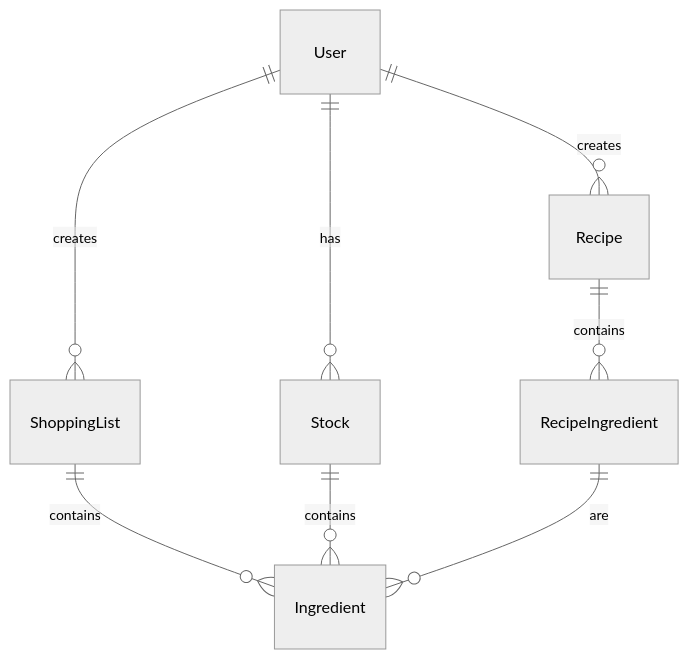
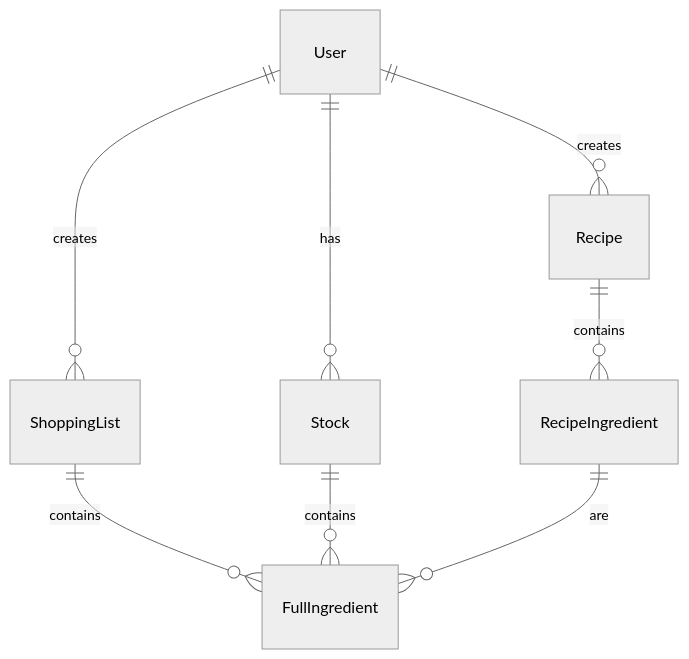
One commit to dominik-kretschmer/smart-kitchen-assistant changed the diagram in backend/dbstruckture.mmd. Above: the diagram before and after it, drawn with Mermaid (neutral theme). The commit also changed 37 other files, not shown here.

```diff
--- a/backend/dbstruckture.mmd
+++ b/backend/dbstruckture.mmd
@@ -1,8 +1,8 @@
 erDiagram
     User ||--o{ Stock: has
     User ||--o{ Recipe: creates
     User ||--o{ ShoppingList: creates
-    ShoppingList ||--o{ Ingredient: contains
-    Stock ||--o{ Ingredient: contains
+    ShoppingList ||--o{ FullIngredient: contains
+    Stock ||--o{ FullIngredient: contains
     Recipe ||--o{ RecipeIngredient: contains
-    RecipeIngredient ||--o{ Ingredient: are
+    RecipeIngredient ||--o{ FullIngredient: are
```
